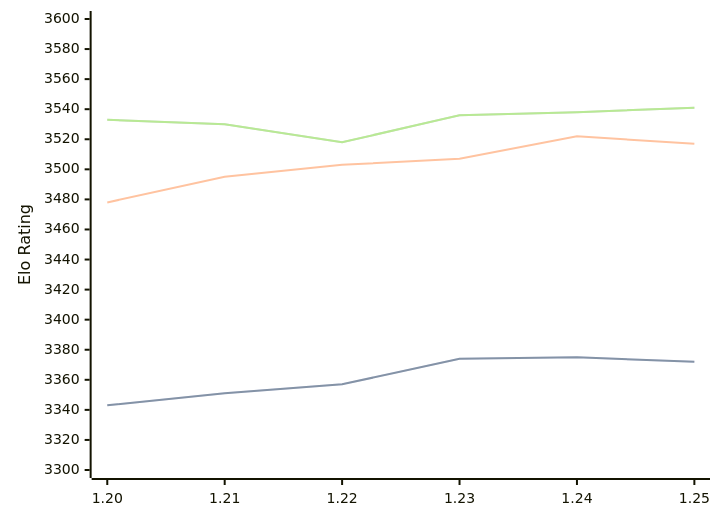
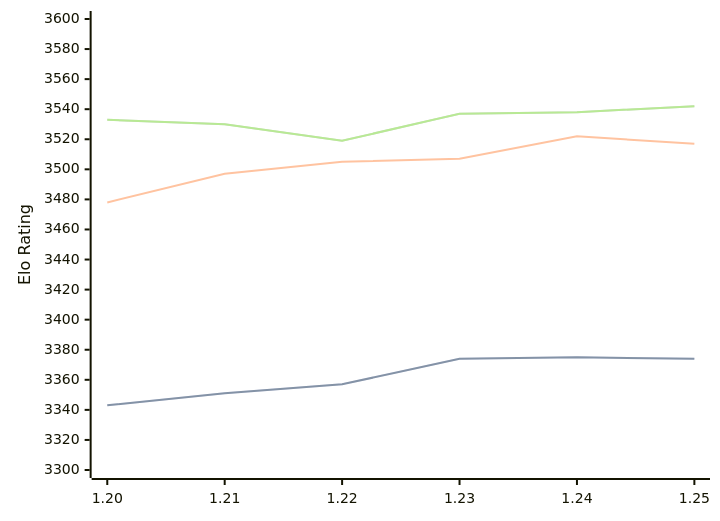
Before and after one commit to computer-chess-index/cci: the diagram in engines/Caissa.md, drawn with Mermaid. The commit also changed other lines of this file, not shown here.

Commit message:
Update CCI Ratings (ELO VLTC) - 2026-05-22

````diff
--- a/engines/Caissa.md
+++ b/engines/Caissa.md
@@ -65,11 +65,11 @@
 ```mermaid
 %%{init: {"theme":"base","themeVariables":{"seriesColors:['#a3a3a3','#222221','#faa371']}}}%%
 xychart-beta
   x-axis ["1.20", "1.21", "1.22", "1.23", "1.24", "1.25"]
   y-axis "Elo Rating" 3300 --> 3600
-  line "STC (8.0+0.08s)" [3343, 3351, 3357, 3374, 3375, 3372]
-  line "STC (8.0+0.08s)" [3343, 3351, 3357, 3374, 3375, 3372]
-  line "LTC (60.0+0.60s)" [3478, 3495, 3503, 3507, 3522, 3517]
-  line "VLTC (2m24s+1.12s)" [3533, 3530, 3518, 3536, 3538, 3541]
-  line "VLTC (2m24s+1.12s)" [3533, 3530, 3518, 3536, 3538, 3541]
+  line "STC (8.0+0.08s)" [3343, 3351, 3357, 3374, 3375, 3374]
+  line "STC (8.0+0.08s)" [3343, 3351, 3357, 3374, 3375, 3374]
+  line "LTC (60.0+0.60s)" [3478, 3497, 3505, 3507, 3522, 3517]
+  line "VLTC (2m24s+1.12s)" [3533, 3530, 3519, 3537, 3538, 3542]
+  line "VLTC (2m24s+1.12s)" [3533, 3530, 3519, 3537, 3538, 3542]
 ```
````
